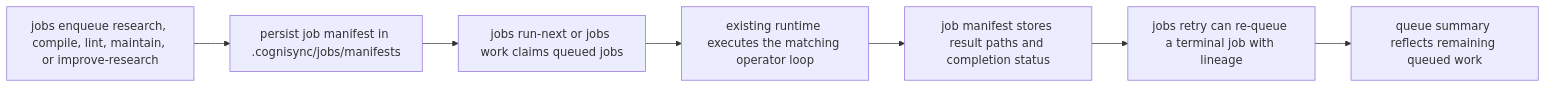
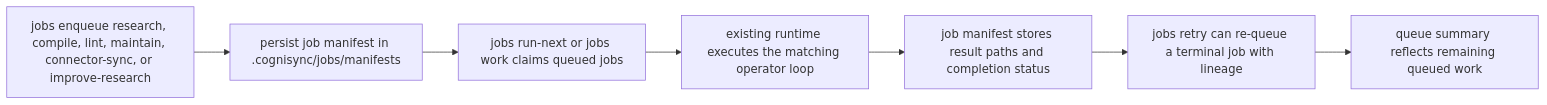
Before and after one commit to shrijacked/Cognisync: the second of 2 diagrams in docs/operator-workflows.md, drawn with Mermaid. The commit also changed other lines of this file and 2 other files, not shown here.

Commit message:
docs: map connector-driven ingest flows

````diff
--- a/docs/operator-workflows.md
+++ b/docs/operator-workflows.md
@@ -249,9 +250,9 @@
 ```mermaid
 flowchart LR
-    A["jobs enqueue research, compile, lint, maintain, or improve-research"] --> B["persist job manifest in .cognisync/jobs/manifests"]
+    A["jobs enqueue research, compile, lint, maintain, connector-sync, or improve-research"] --> B["persist job manifest in .cognisync/jobs/manifests"]
     B --> C["jobs run-next or jobs work claims queued jobs"]
     C --> D["existing runtime executes the matching operator loop"]
     D --> E["job manifest stores result paths and completion status"]
     E --> F["jobs retry can re-queue a terminal job with lineage"]
     F --> G["queue summary reflects remaining queued work"]
 ```
````
